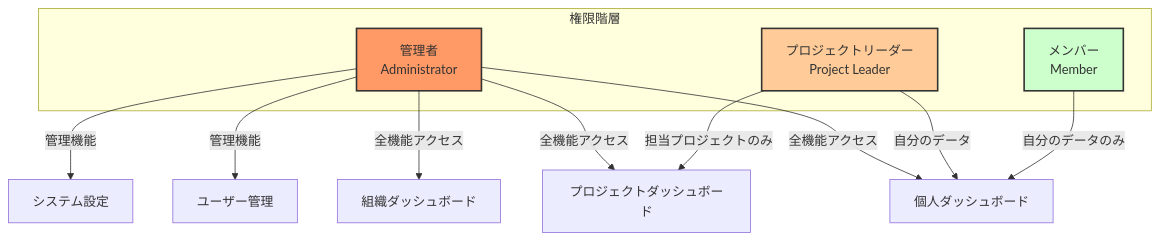
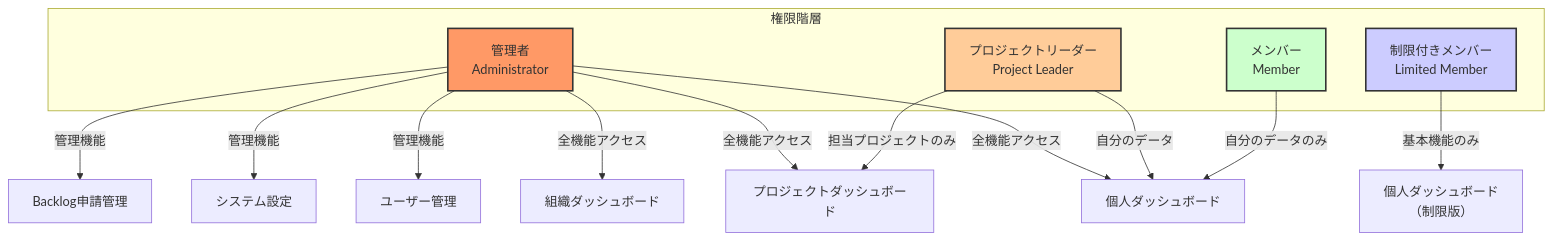
Before and after one commit to rasshii/team-insight: the fifth of 13 diagrams in Doc/mvp.md, drawn with Mermaid. The commit also changed other lines of this file and 17 other files, not shown here.

````diff
--- a/Doc/mvp.md
+++ b/Doc/mvp.md
@@ -117,23 +165,28 @@
 ```mermaid
 graph TD
     subgraph "権限階層"
         A[管理者<br>Administrator]
         B[プロジェクトリーダー<br>Project Leader]
         C[メンバー<br>Member]
+        D[制限付きメンバー<br>Limited Member]
     end
 
-    A -->|全機能アクセス| D[組織ダッシュボード]
-    A -->|全機能アクセス| E[プロジェクトダッシュボード]
-    A -->|全機能アクセス| F[個人ダッシュボード]
-    A -->|管理機能| G[ユーザー管理]
-    A -->|管理機能| H[システム設定]
+    A -->|全機能アクセス| E[組織ダッシュボード]
+    A -->|全機能アクセス| F[プロジェクトダッシュボード]
+    A -->|全機能アクセス| G[個人ダッシュボード]
+    A -->|管理機能| H[ユーザー管理]
+    A -->|管理機能| I[システム設定]
+    A -->|管理機能| J[Backlog申請管理]
 
-    B -->|担当プロジェクトのみ| E
-    B -->|自分のデータ| F
+    B -->|担当プロジェクトのみ| F
+    B -->|自分のデータ| G
 
-    C -->|自分のデータのみ| F
+    C -->|自分のデータのみ| G
+
+    D -->|基本機能のみ| K[個人ダッシュボード<br>（制限版）]
 
     style A fill:#f96,stroke:#333,stroke-width:2px
     style B fill:#fc9,stroke:#333,stroke-width:2px
     style C fill:#cfc,stroke:#333,stroke-width:2px
+    style D fill:#ccf,stroke:#333,stroke-width:2px
 ```
````
